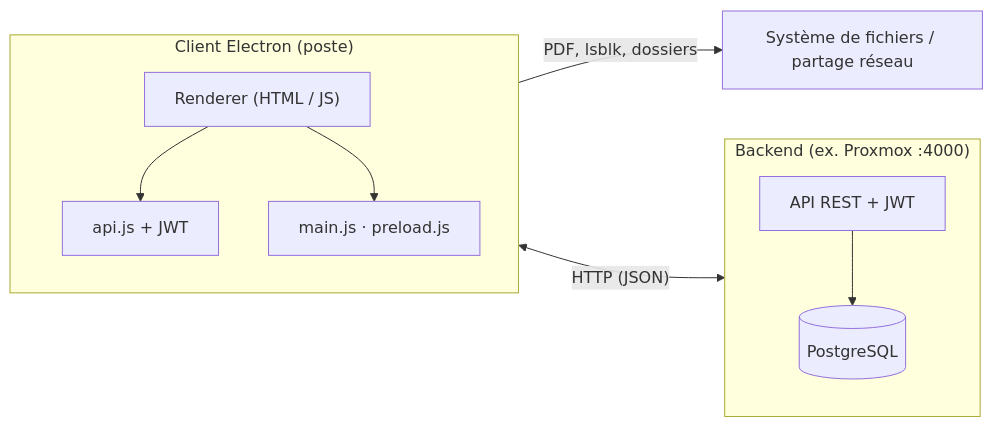
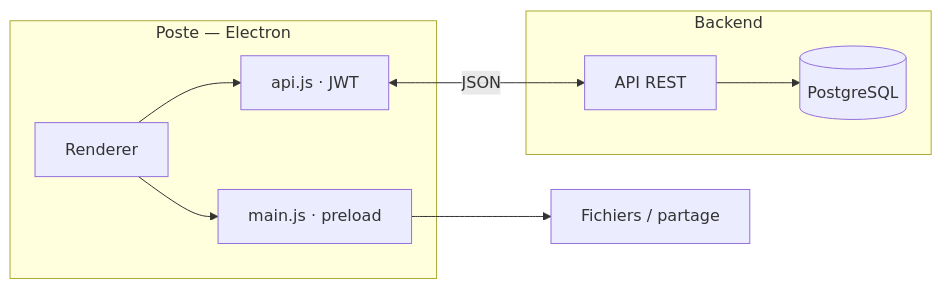
One commit to K0uzia/Tracebaie changed the diagram in README.md. Above: the diagram before and after it, drawn with Mermaid. The commit also changed other lines of this file and 14 other files, not shown here.

````diff
--- a/README.md
+++ b/README.md
@@ -45,21 +48,17 @@
 ```mermaid
 flowchart LR
-    subgraph CLIENT["Client Electron (poste)"]
-        direction TB
-        R["Renderer (HTML / JS)"]
-        A["api.js + JWT"]
-        M["main.js · preload.js"]
+    subgraph CLIENT["Poste — Electron"]
+        R["Renderer"]
+        A["api.js · JWT"]
+        M["main.js · preload"]
         R --> A
         R --> M
     end
-
-    subgraph SERVER["Backend (ex. Proxmox :4000)"]
-        direction TB
-        REST["API REST + JWT"]
+    subgraph SERVER["Backend"]
+        REST["API REST"]
         DB[("PostgreSQL")]
         REST --> DB
     end
-
-    A <-->|"HTTP (JSON)"| REST
-    M -->|"PDF, lsblk, dossiers"| FS["Système de fichiers / partage réseau"]
+    A <-->|"JSON"| REST
+    M --> FS["Fichiers / partage"]
 ```
````
